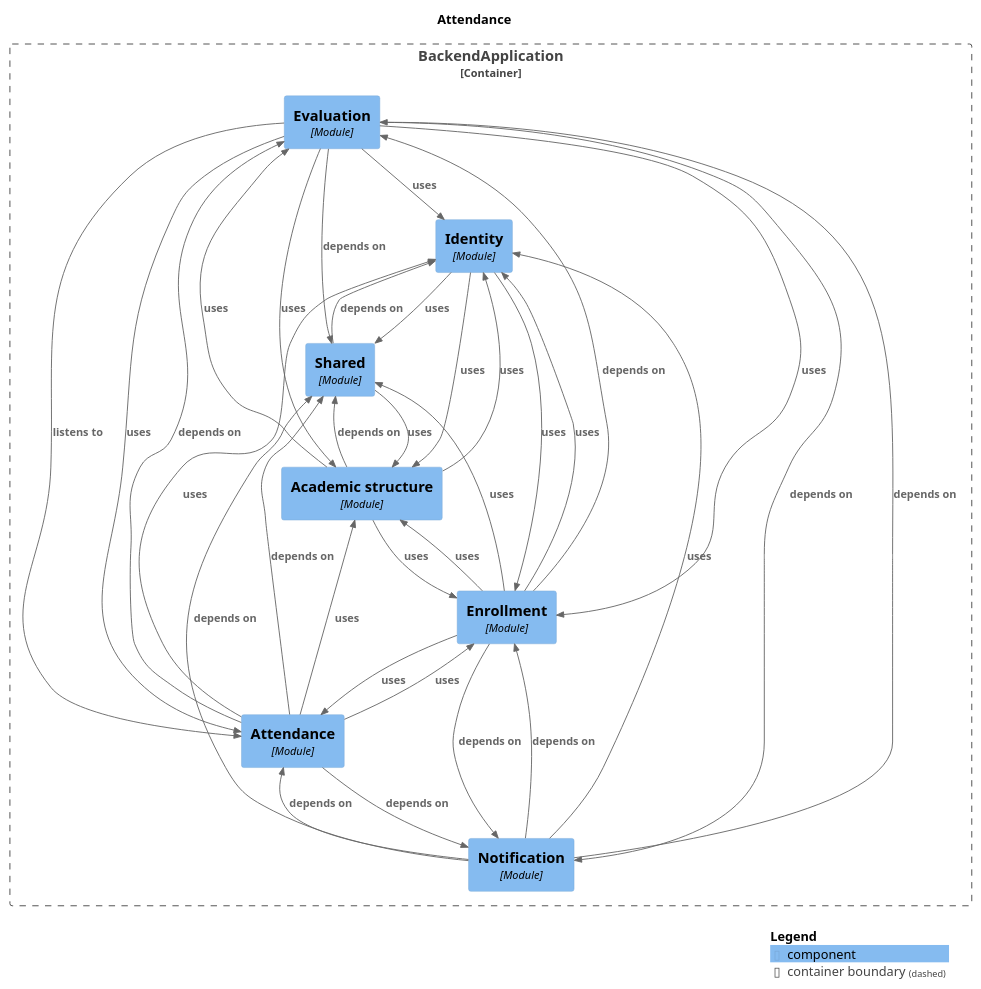
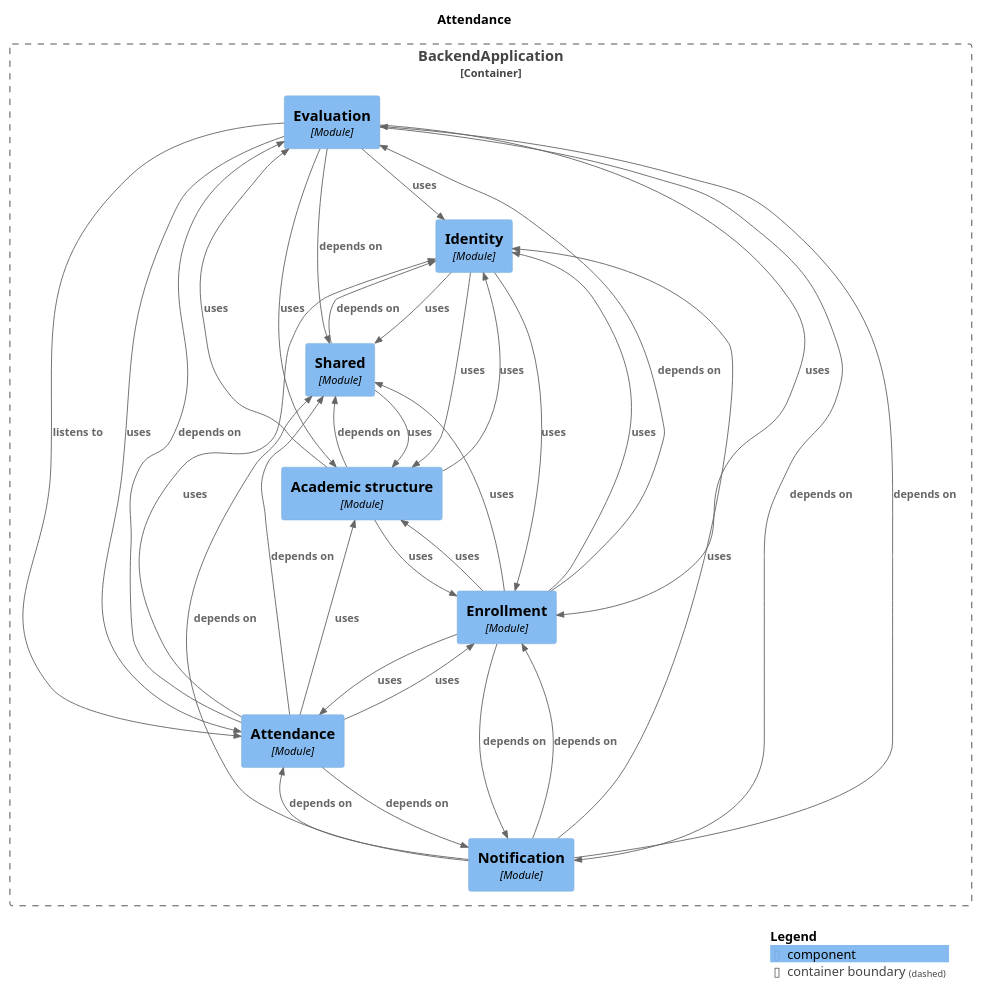
Before and after one commit to Gabriel030/agustina-bermejo-app: the diagram in docs/architecture/module-attendance.puml, drawn with PlantUML. The commit also changed other lines of this file and 14 other files, not shown here.

```diff
--- a/docs/architecture/module-attendance.puml
+++ b/docs/architecture/module-attendance.puml
@@ -1,56 +1,56 @@
 @startuml
 set separator none
 title Attendance
 
 top to bottom direction
 
 !include <C4/C4>
 !include <C4/C4_Context>
 !include <C4/C4_Component>
 
 Container_Boundary("BackendApplication.BackendApplication_boundary", "BackendApplication", $tags="") {
   Component(BackendApplication.BackendApplication.Evaluation, "Evaluation", $techn="Module", $descr="", $tags="", $link="")
   Component(BackendApplication.BackendApplication.Identity, "Identity", $techn="Module", $descr="", $tags="", $link="")
   Component(BackendApplication.BackendApplication.Notification, "Notification", $techn="Module", $descr="", $tags="", $link="")
   Component(BackendApplication.BackendApplication.Shared, "Shared", $techn="Module", $descr="", $tags="", $link="")
   Component(BackendApplication.BackendApplication.Academicstructure, "Academic structure", $techn="Module", $descr="", $tags="", $link="")
   Component(BackendApplication.BackendApplication.Attendance, "Attendance", $techn="Module", $descr="", $tags="", $link="")
   Component(BackendApplication.BackendApplication.Enrollment, "Enrollment", $techn="Module", $descr="", $tags="", $link="")
 }
 
+Rel(BackendApplication.BackendApplication.Academicstructure, BackendApplication.BackendApplication.Enrollment, "uses", $techn="", $tags="", $link="")
+Rel(BackendApplication.BackendApplication.Academicstructure, BackendApplication.BackendApplication.Evaluation, "uses", $techn="", $tags="", $link="")
+Rel(BackendApplication.BackendApplication.Academicstructure, BackendApplication.BackendApplication.Identity, "uses", $techn="", $tags="", $link="")
+Rel(BackendApplication.BackendApplication.Academicstructure, BackendApplication.BackendApplication.Shared, "depends on", $techn="", $tags="", $link="")
+Rel(BackendApplication.BackendApplication.Attendance, BackendApplication.BackendApplication.Academicstructure, "uses", $techn="", $tags="", $link="")
+Rel(BackendApplication.BackendApplication.Attendance, BackendApplication.BackendApplication.Enrollment, "uses", $techn="", $tags="", $link="")
+Rel(BackendApplication.BackendApplication.Attendance, BackendApplication.BackendApplication.Evaluation, "depends on", $techn="", $tags="", $link="")
+Rel(BackendApplication.BackendApplication.Attendance, BackendApplication.BackendApplication.Identity, "uses", $techn="", $tags="", $link="")
+Rel(BackendApplication.BackendApplication.Attendance, BackendApplication.BackendApplication.Notification, "depends on", $techn="", $tags="", $link="")
+Rel(BackendApplication.BackendApplication.Attendance, BackendApplication.BackendApplication.Shared, "depends on", $techn="", $tags="", $link="")
 Rel(BackendApplication.BackendApplication.Enrollment, BackendApplication.BackendApplication.Academicstructure, "uses", $techn="", $tags="", $link="")
 Rel(BackendApplication.BackendApplication.Enrollment, BackendApplication.BackendApplication.Attendance, "uses", $techn="", $tags="", $link="")
+Rel(BackendApplication.BackendApplication.Enrollment, BackendApplication.BackendApplication.Evaluation, "depends on", $techn="", $tags="", $link="")
+Rel(BackendApplication.BackendApplication.Enrollment, BackendApplication.BackendApplication.Identity, "uses", $techn="", $tags="", $link="")
+Rel(BackendApplication.BackendApplication.Enrollment, BackendApplication.BackendApplication.Notification, "depends on", $techn="", $tags="", $link="")
 Rel(BackendApplication.BackendApplication.Enrollment, BackendApplication.BackendApplication.Shared, "uses", $techn="", $tags="", $link="")
-Rel(BackendApplication.BackendApplication.Academicstructure, BackendApplication.BackendApplication.Shared, "depends on", $techn="", $tags="", $link="")
-Rel(BackendApplication.BackendApplication.Academicstructure, BackendApplication.BackendApplication.Enrollment, "uses", $techn="", $tags="", $link="")
-Rel(BackendApplication.BackendApplication.Academicstructure, BackendApplication.BackendApplication.Identity, "uses", $techn="", $tags="", $link="")
-Rel(BackendApplication.BackendApplication.Academicstructure, BackendApplication.BackendApplication.Evaluation, "uses", $techn="", $tags="", $link="")
-Rel(BackendApplication.BackendApplication.Shared, BackendApplication.BackendApplication.Identity, "depends on", $techn="", $tags="", $link="")
-Rel(BackendApplication.BackendApplication.Shared, BackendApplication.BackendApplication.Academicstructure, "uses", $techn="", $tags="", $link="")
+Rel(BackendApplication.BackendApplication.Evaluation, BackendApplication.BackendApplication.Academicstructure, "uses", $techn="", $tags="", $link="")
+Rel(BackendApplication.BackendApplication.Evaluation, BackendApplication.BackendApplication.Attendance, "listens to", $techn="", $tags="", $link="")
+Rel(BackendApplication.BackendApplication.Evaluation, BackendApplication.BackendApplication.Attendance, "uses", $techn="", $tags="", $link="")
+Rel(BackendApplication.BackendApplication.Evaluation, BackendApplication.BackendApplication.Enrollment, "uses", $techn="", $tags="", $link="")
+Rel(BackendApplication.BackendApplication.Evaluation, BackendApplication.BackendApplication.Identity, "uses", $techn="", $tags="", $link="")
+Rel(BackendApplication.BackendApplication.Evaluation, BackendApplication.BackendApplication.Notification, "depends on", $techn="", $tags="", $link="")
+Rel(BackendApplication.BackendApplication.Evaluation, BackendApplication.BackendApplication.Shared, "depends on", $techn="", $tags="", $link="")
+Rel(BackendApplication.BackendApplication.Identity, BackendApplication.BackendApplication.Academicstructure, "uses", $techn="", $tags="", $link="")
+Rel(BackendApplication.BackendApplication.Identity, BackendApplication.BackendApplication.Enrollment, "uses", $techn="", $tags="", $link="")
 Rel(BackendApplication.BackendApplication.Identity, BackendApplication.BackendApplication.Shared, "uses", $techn="", $tags="", $link="")
-Rel(BackendApplication.BackendApplication.Identity, BackendApplication.BackendApplication.Enrollment, "uses", $techn="", $tags="", $link="")
-Rel(BackendApplication.BackendApplication.Identity, BackendApplication.BackendApplication.Academicstructure, "uses", $techn="", $tags="", $link="")
-Rel(BackendApplication.BackendApplication.Attendance, BackendApplication.BackendApplication.Shared, "depends on", $techn="", $tags="", $link="")
-Rel(BackendApplication.BackendApplication.Attendance, BackendApplication.BackendApplication.Evaluation, "depends on", $techn="", $tags="", $link="")
-Rel(BackendApplication.BackendApplication.Attendance, BackendApplication.BackendApplication.Notification, "depends on", $techn="", $tags="", $link="")
-Rel(BackendApplication.BackendApplication.Attendance, BackendApplication.BackendApplication.Academicstructure, "uses", $techn="", $tags="", $link="")
-Rel(BackendApplication.BackendApplication.Attendance, BackendApplication.BackendApplication.Enrollment, "uses", $techn="", $tags="", $link="")
-Rel(BackendApplication.BackendApplication.Attendance, BackendApplication.BackendApplication.Identity, "uses", $techn="", $tags="", $link="")
-Rel(BackendApplication.BackendApplication.Evaluation, BackendApplication.BackendApplication.Attendance, "listens to", $techn="", $tags="", $link="")
-Rel(BackendApplication.BackendApplication.Evaluation, BackendApplication.BackendApplication.Shared, "depends on", $techn="", $tags="", $link="")
-Rel(BackendApplication.BackendApplication.Evaluation, BackendApplication.BackendApplication.Notification, "depends on", $techn="", $tags="", $link="")
-Rel(BackendApplication.BackendApplication.Evaluation, BackendApplication.BackendApplication.Academicstructure, "uses", $techn="", $tags="", $link="")
-Rel(BackendApplication.BackendApplication.Evaluation, BackendApplication.BackendApplication.Identity, "uses", $techn="", $tags="", $link="")
-Rel(BackendApplication.BackendApplication.Evaluation, BackendApplication.BackendApplication.Enrollment, "uses", $techn="", $tags="", $link="")
-Rel(BackendApplication.BackendApplication.Evaluation, BackendApplication.BackendApplication.Attendance, "uses", $techn="", $tags="", $link="")
 Rel(BackendApplication.BackendApplication.Notification, BackendApplication.BackendApplication.Attendance, "depends on", $techn="", $tags="", $link="")
 Rel(BackendApplication.BackendApplication.Notification, BackendApplication.BackendApplication.Enrollment, "depends on", $techn="", $tags="", $link="")
 Rel(BackendApplication.BackendApplication.Notification, BackendApplication.BackendApplication.Evaluation, "depends on", $techn="", $tags="", $link="")
+Rel(BackendApplication.BackendApplication.Notification, BackendApplication.BackendApplication.Identity, "uses", $techn="", $tags="", $link="")
 Rel(BackendApplication.BackendApplication.Notification, BackendApplication.BackendApplication.Shared, "depends on", $techn="", $tags="", $link="")
-Rel(BackendApplication.BackendApplication.Notification, BackendApplication.BackendApplication.Identity, "uses", $techn="", $tags="", $link="")
-Rel(BackendApplication.BackendApplication.Enrollment, BackendApplication.BackendApplication.Evaluation, "depends on", $techn="", $tags="", $link="")
-Rel(BackendApplication.BackendApplication.Enrollment, BackendApplication.BackendApplication.Notification, "depends on", $techn="", $tags="", $link="")
-Rel(BackendApplication.BackendApplication.Enrollment, BackendApplication.BackendApplication.Identity, "uses", $techn="", $tags="", $link="")
+Rel(BackendApplication.BackendApplication.Shared, BackendApplication.BackendApplication.Academicstructure, "uses", $techn="", $tags="", $link="")
+Rel(BackendApplication.BackendApplication.Shared, BackendApplication.BackendApplication.Identity, "depends on", $techn="", $tags="", $link="")
 
 SHOW_LEGEND(true)
 @enduml
```
